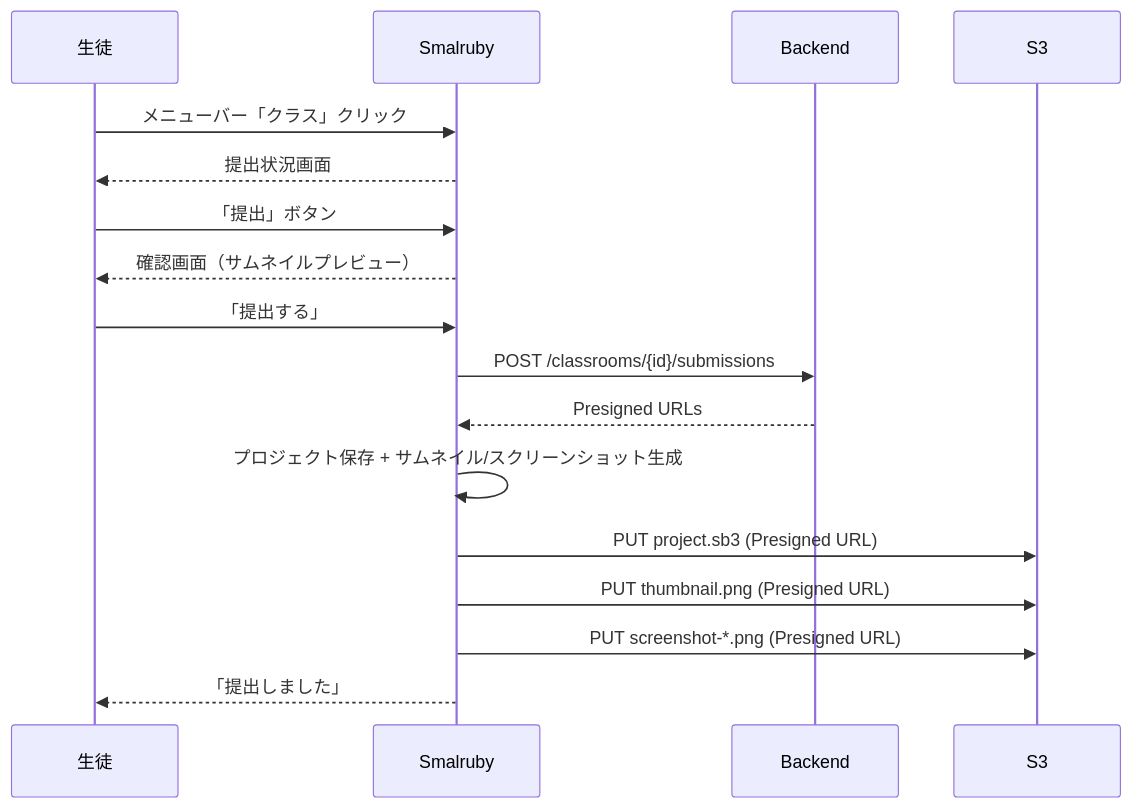
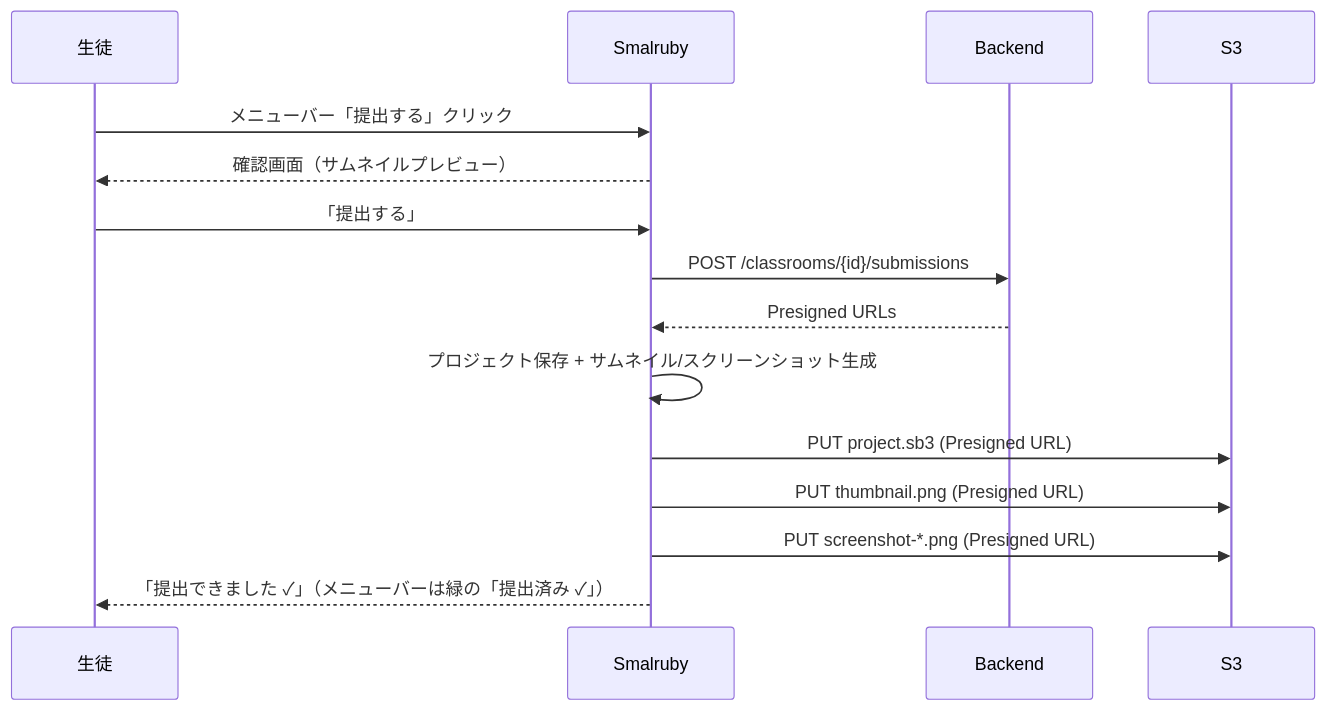
The sixth of 7 diagrams in docs/classroom/user-stories.md (smalruby/smalruby3-editor), drawn with Mermaid before and after one commit. The commit also changed other lines of this file and 2 other files, not shown here.

First line of the commit message:
docs(classroom): address review on the student flow design

````diff
--- a/docs/classroom/user-stories.md
+++ b/docs/classroom/user-stories.md
@@ -187,20 +190,18 @@
 ```mermaid
 sequenceDiagram
     participant S as 生徒
     participant UI as Smalruby
     participant API as Backend
     participant S3 as S3
 
-    S->>UI: メニューバー「クラス」クリック
-    UI-->>S: 提出状況画面
-    S->>UI: 「提出」ボタン
+    S->>UI: メニューバー「提出する」クリック
     UI-->>S: 確認画面（サムネイルプレビュー）
     S->>UI: 「提出する」
     UI->>API: POST /classrooms/{id}/submissions
     API-->>UI: Presigned URLs
     UI->>UI: プロジェクト保存 + サムネイル/スクリーンショット生成
     UI->>S3: PUT project.sb3 (Presigned URL)
     UI->>S3: PUT thumbnail.png (Presigned URL)
     UI->>S3: PUT screenshot-*.png (Presigned URL)
-    UI-->>S: 「提出しました」
+    UI-->>S: 「提出できました ✓」（メニューバーは緑の「提出済み ✓」）
 ```
````
